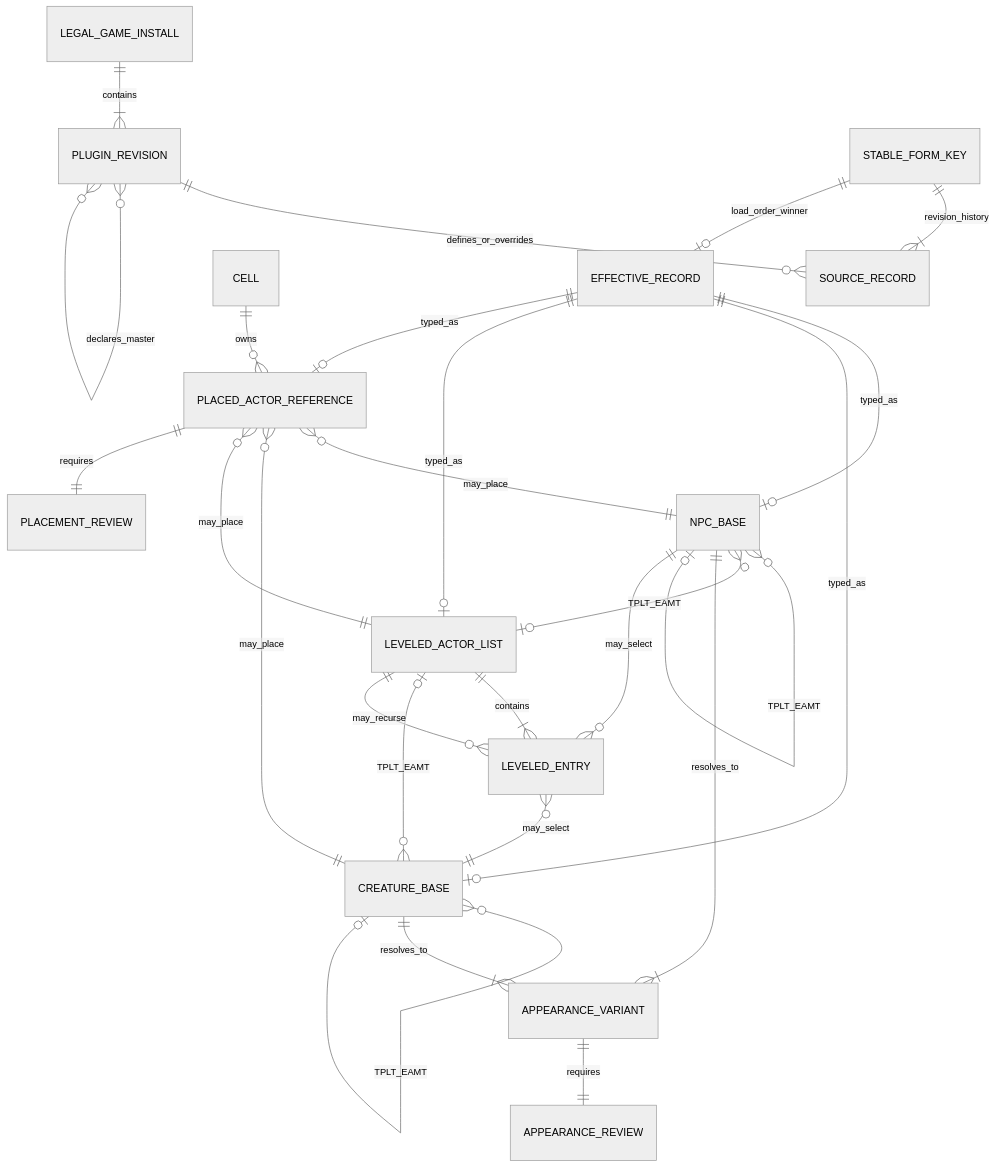
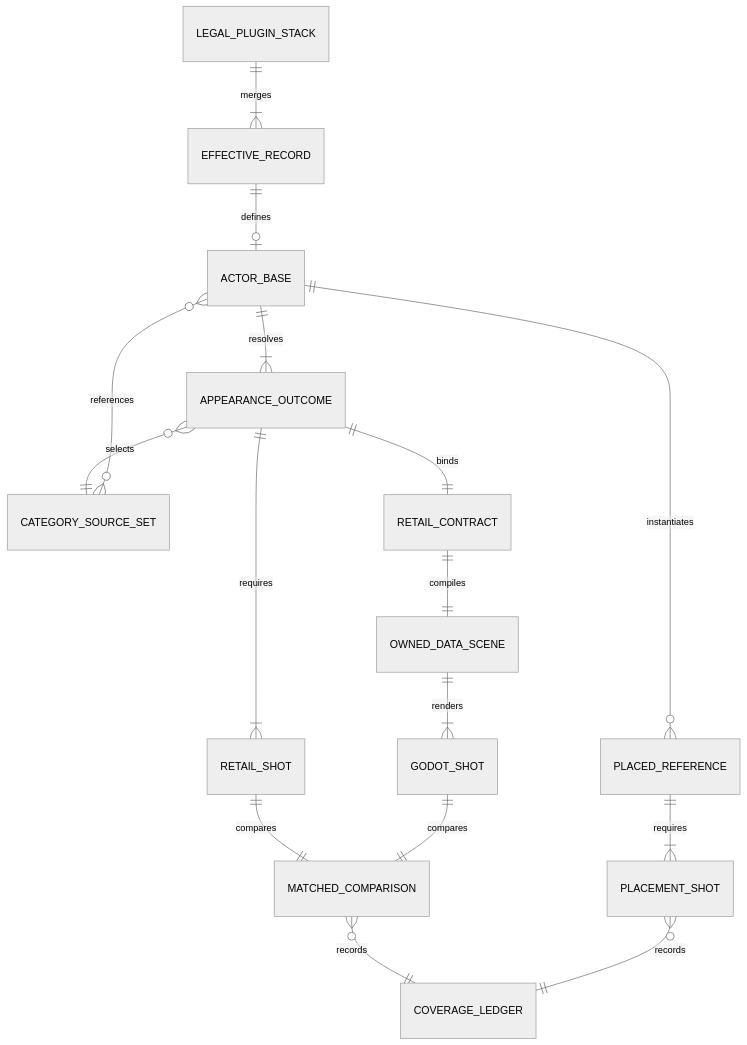
Before and after one commit to nikamigaming-create/OpenNV: the first of 3 diagrams in docs/whole-game-actor-creature-parity.md, drawn with Mermaid (neutral theme). The commit also changed other lines of this file and 31 other files, not shown here.

Commit message:
Add exact owned-data actor review pipeline

````diff
--- a/docs/whole-game-actor-creature-parity.md
+++ b/docs/whole-game-actor-creature-parity.md
@@ -36,32 +38,18 @@
 ```mermaid
 erDiagram
-    LEGAL_GAME_INSTALL ||--|{ PLUGIN_REVISION : contains
-    PLUGIN_REVISION ||--o{ SOURCE_RECORD : defines_or_overrides
-    PLUGIN_REVISION }o--o{ PLUGIN_REVISION : declares_master
-    STABLE_FORM_KEY ||--|{ SOURCE_RECORD : revision_history
-    STABLE_FORM_KEY ||--o| EFFECTIVE_RECORD : load_order_winner
-
-    EFFECTIVE_RECORD ||--o| NPC_BASE : typed_as
-    EFFECTIVE_RECORD ||--o| CREATURE_BASE : typed_as
-    EFFECTIVE_RECORD ||--o| LEVELED_ACTOR_LIST : typed_as
-    EFFECTIVE_RECORD ||--o| PLACED_ACTOR_REFERENCE : typed_as
-
-    NPC_BASE }o--o| NPC_BASE : TPLT_EAMT
-    CREATURE_BASE }o--o| CREATURE_BASE : TPLT_EAMT
-    NPC_BASE }o--o| LEVELED_ACTOR_LIST : TPLT_EAMT
-    CREATURE_BASE }o--o| LEVELED_ACTOR_LIST : TPLT_EAMT
-    LEVELED_ACTOR_LIST ||--|{ LEVELED_ENTRY : contains
-    LEVELED_ENTRY }o--|| NPC_BASE : may_select
-    LEVELED_ENTRY }o--|| CREATURE_BASE : may_select
-    LEVELED_ENTRY }o--|| LEVELED_ACTOR_LIST : may_recurse
-
-    PLACED_ACTOR_REFERENCE }o--|| NPC_BASE : may_place
-    PLACED_ACTOR_REFERENCE }o--|| CREATURE_BASE : may_place
-    PLACED_ACTOR_REFERENCE }o--|| LEVELED_ACTOR_LIST : may_place
-    CELL ||--o{ PLACED_ACTOR_REFERENCE : owns
-
-    NPC_BASE ||--|{ APPEARANCE_VARIANT : resolves_to
-    CREATURE_BASE ||--|{ APPEARANCE_VARIANT : resolves_to
-    APPEARANCE_VARIANT ||--|| APPEARANCE_REVIEW : requires
-    PLACED_ACTOR_REFERENCE ||--|| PLACEMENT_REVIEW : requires
+    LEGAL_PLUGIN_STACK ||--|{ EFFECTIVE_RECORD : merges
+    EFFECTIVE_RECORD ||--o| ACTOR_BASE : defines
+    ACTOR_BASE ||--|{ APPEARANCE_OUTCOME : resolves
+    ACTOR_BASE ||--o{ PLACED_REFERENCE : instantiates
+    APPEARANCE_OUTCOME }o--|| CATEGORY_SOURCE_SET : selects
+    CATEGORY_SOURCE_SET }o--o{ ACTOR_BASE : references
+    APPEARANCE_OUTCOME ||--|{ RETAIL_SHOT : requires
+    APPEARANCE_OUTCOME ||--|| RETAIL_CONTRACT : binds
+    RETAIL_CONTRACT ||--|| OWNED_DATA_SCENE : compiles
+    OWNED_DATA_SCENE ||--|{ GODOT_SHOT : renders
+    RETAIL_SHOT ||--|| MATCHED_COMPARISON : compares
+    GODOT_SHOT ||--|| MATCHED_COMPARISON : compares
+    PLACED_REFERENCE ||--|{ PLACEMENT_SHOT : requires
+    MATCHED_COMPARISON }o--|| COVERAGE_LEDGER : records
+    PLACEMENT_SHOT }o--|| COVERAGE_LEDGER : records
 ```
````
